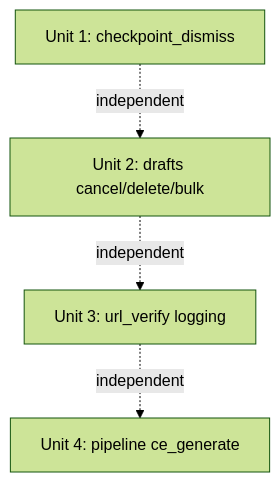
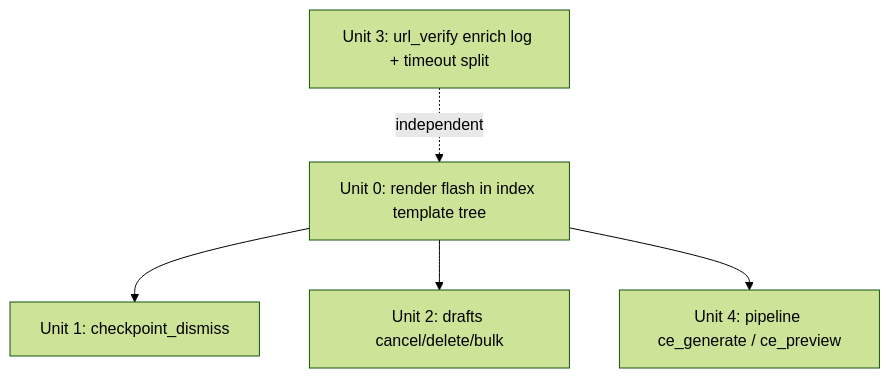
The diagram in docs/plans/2026-05-25-009-fix-webui-false-success-routes-plan.md (redredchen01/backlink-publisher), drawn with Mermaid (forest theme) before and after one commit. The commit also changed other lines of this file, not shown here.

````diff
--- a/docs/plans/2026-05-25-009-fix-webui-false-success-routes-plan.md
+++ b/docs/plans/2026-05-25-009-fix-webui-false-success-routes-plan.md
@@ -147,10 +190,12 @@
 ```mermaid
 graph TB
-    U1[Unit 1: checkpoint_dismiss] 
+    U0[Unit 0: render flash in index template tree]
+    U1[Unit 1: checkpoint_dismiss]
     U2[Unit 2: drafts cancel/delete/bulk]
-    U3[Unit 3: url_verify logging]
-    U4[Unit 4: pipeline ce_generate]
-    U1 -.independent.-> U2
-    U2 -.independent.-> U3
-    U3 -.independent.-> U4
+    U3[Unit 3: url_verify enrich log + timeout split]
+    U4[Unit 4: pipeline ce_generate / ce_preview]
+    U0 --> U1
+    U0 --> U2
+    U0 --> U4
+    U3 -.independent.-> U0
 ```
````
